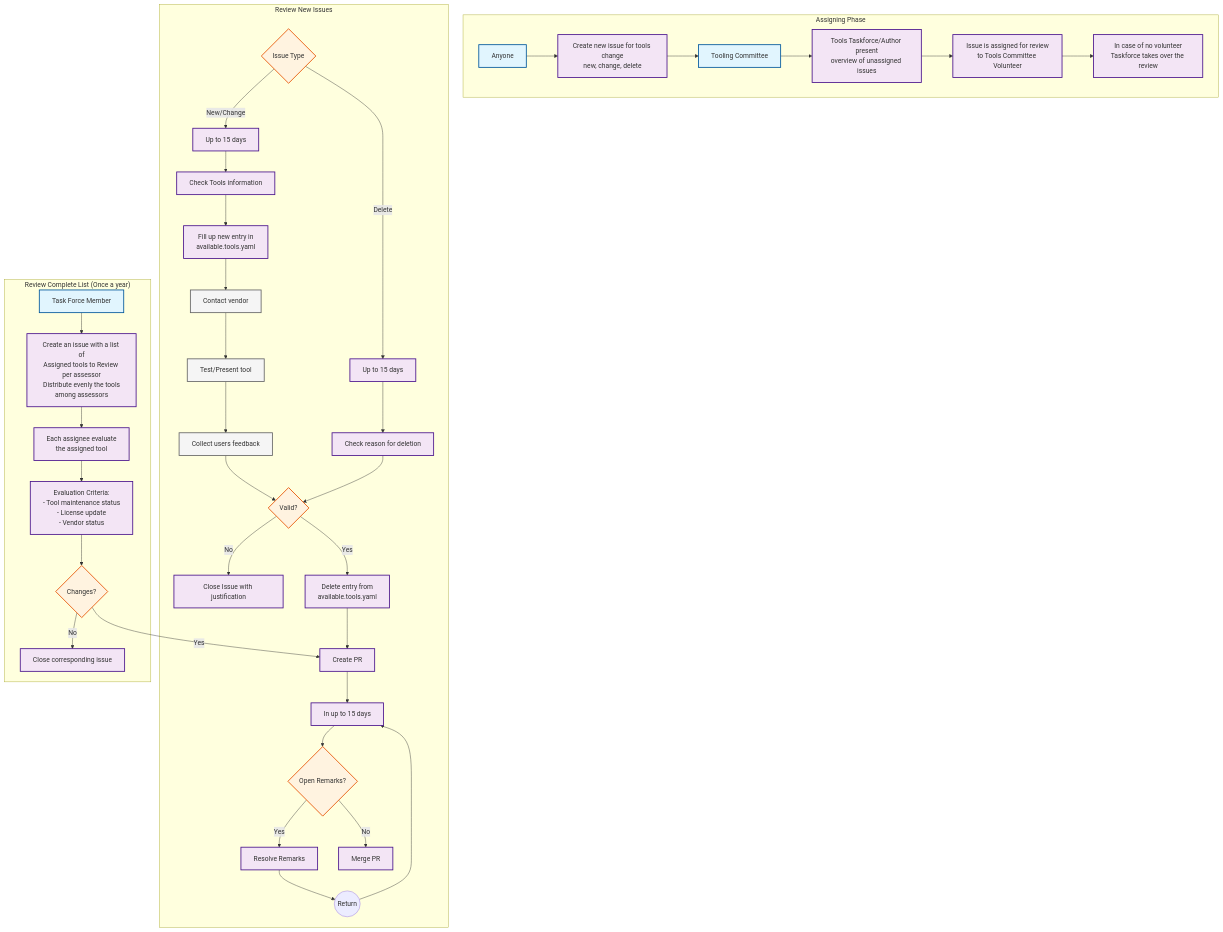
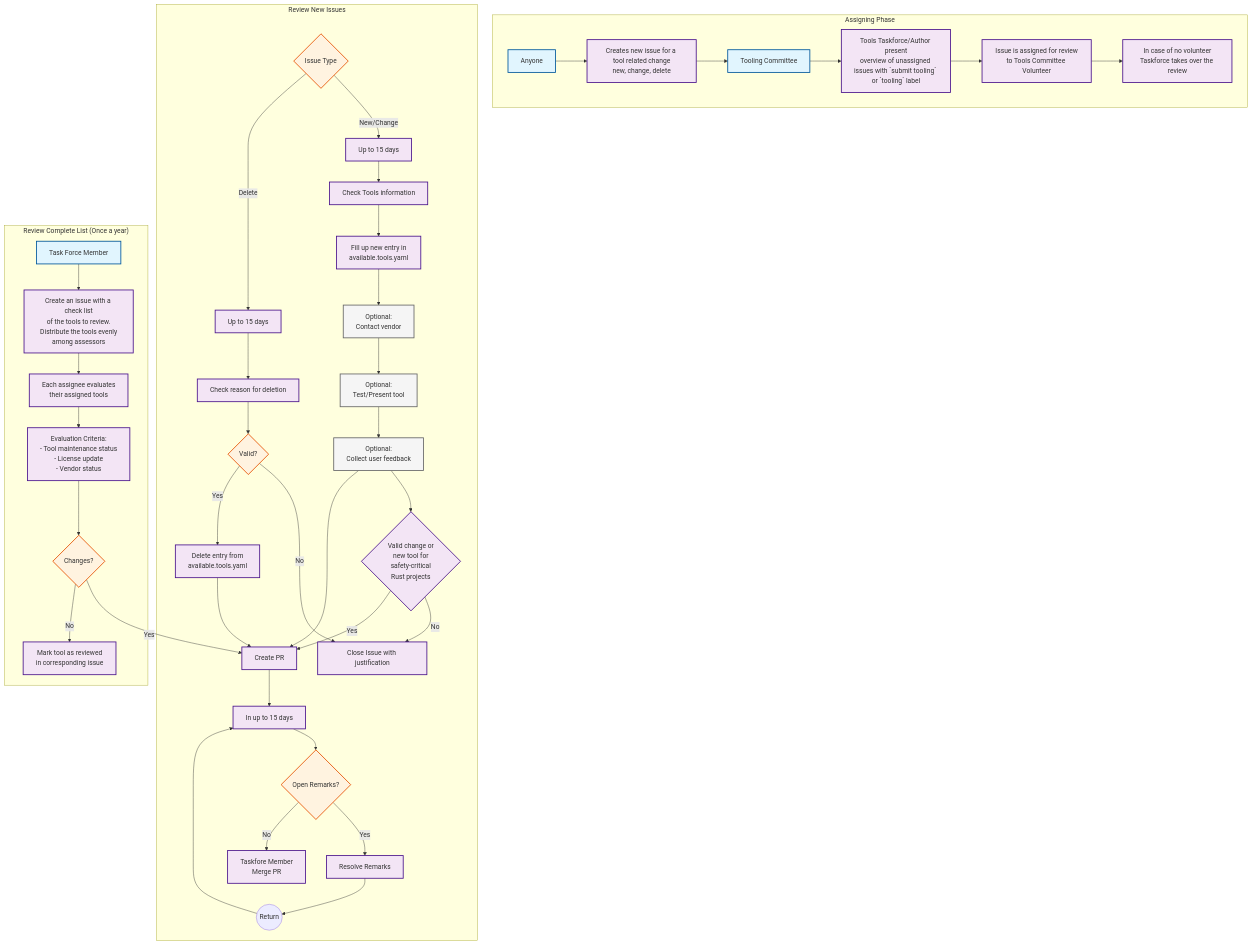
Before and after one commit to rustfoundation/safety-critical-rust-consortium: the diagram in subcommittee/tooling/flow/rfc4tools-review.md, drawn with Mermaid. The commit also changed other lines of this file, not shown here.

Commit message:
Split flow between deletion and new/change issue types
Rephrase some text

````diff
--- a/subcommittee/tooling/flow/rfc4tools-review.md
+++ b/subcommittee/tooling/flow/rfc4tools-review.md
@@ -1,9 +1,9 @@
 ```mermaid
 flowchart TD
     %% Assigning Phase
-    A1[Anyone] --> A2[Create new issue for tools change<br/>new, change, delete]
+    A1[Anyone] --> A2[Creates new issue for a tool related change<br/>new, change, delete]
     A2 --> A3[Tooling Committee]
-    A3 --> A4[Tools Taskforce/Author present<br/>overview of unassigned issues]
+    A3 --> A4[Tools Taskforce/Author present<br/>overview of unassigned issues with `submit tooling` or `tooling` label]
     A4 --> A5[Issue is assigned for review<br/>to Tools Committee Volunteer]
     A5 --> A6[In case of no volunteer<br/>Taskforce takes over the review]
 
@@ -14,33 +14,36 @@
     %% New/Change Path
     B2 --> B4[Check Tools information]
     B4 --> B5[Fill up new entry in<br/>available.tools.yaml]
-    B5 --> B6[Contact vendor]
-    B6 --> B7[Test/Present tool]
-    B7 --> B8[Collect users feedback]
-    B8 --> B9{Valid?}
+    B5 --> B6[Optional:<br/>Contact vendor]
+    B6 --> B7[Optional:<br/>Test/Present tool]
+    B7 --> B8[Optional:<br/>Collect user feedback]
+    B8 --> B19{Valid change or<br/>new tool for<br/>safety-critical<br/>Rust projects}
+    B19 --> |No| B11[Close Issue with justification]
+    B19 --> |Yes| B13
     
     %% Delete Path
     B3 --> B10[Check reason for deletion]
-    B10 --> B9
+    B10 --> B9{Valid?}
+    B9 --> |No| B11
+    B9 --> |Yes| B12[Delete entry from<br/>available.tools.yaml]
     
     %% Common Decision Point
-    B9 --> |No| B11[Close Issue with justification]
-    B9 --> |Yes| B12[Delete entry from<br/>available.tools.yaml]
-    B12 --> B13[Create PR]
+    B8 --> B13[Create PR]
+    B12 --> B13
     B13 --> B14[In up to 15 days]
     B14 --> B15{Open Remarks?}
     B15 --> |Yes| B16[Resolve Remarks]
     B16 --> B17((Return))
     B17 --> B14
-    B15 --> |No| B18[Merge PR]
+    B15 --> |No| B18[Taskfore Member<br/>Merge PR]
 
     %% Review Complete List Phase - Once a year
-    C1[Task Force Member] --> C2[Create an issue with a list of<br/>Assigned tools to Review per assessor<br/>Distribute evenly the tools<br/>among assessors]
-    C2 --> C3[Each assignee evaluate<br/>the assigned tool]
+    C1[Task Force Member] --> C2[Create an issue with a check list<br/>of the tools to review.<br/>Distribute the tools evenly<br/>among assessors]
+    C2 --> C3[Each assignee evaluates<br/>their assigned tools]
     C3 --> C4[Evaluation Criteria:<br/>- Tool maintenance status<br/>- License update<br/>- Vendor status]
     C4 --> C5{Changes?}
     C5 --> |Yes| B13
-    C5 --> |No| C6[Close corresponding issue]
+    C5 --> |No| C6[Mark tool as reviewed<br/>in corresponding issue]
 
     %% Styling
     classDef actor fill:#e1f5fe,stroke:#01579b,stroke-width:2px
@@ -51,7 +54,7 @@
     class A1,A3,C1 actor
     class B6,B7,B8 optional
     class B1,B9,B15,C5 decision
-    class A2,A4,A5,A6,B2,B3,B4,B5,B10,B11,B12,B13,B14,B16,B18,C2,C3,C4,C6 process
+    class A2,A4,A5,A6,B2,B3,B4,B5,B10,B11,B12,B13,B14,B16,B18,B19,C2,C3,C4,C6 process
 
     %% Section Labels
     subgraph "Assigning Phase"
@@ -82,6 +85,7 @@
         B16
         B17
         B18
+        B19
     end
     
     subgraph "Review Complete List (Once a year)"
````
